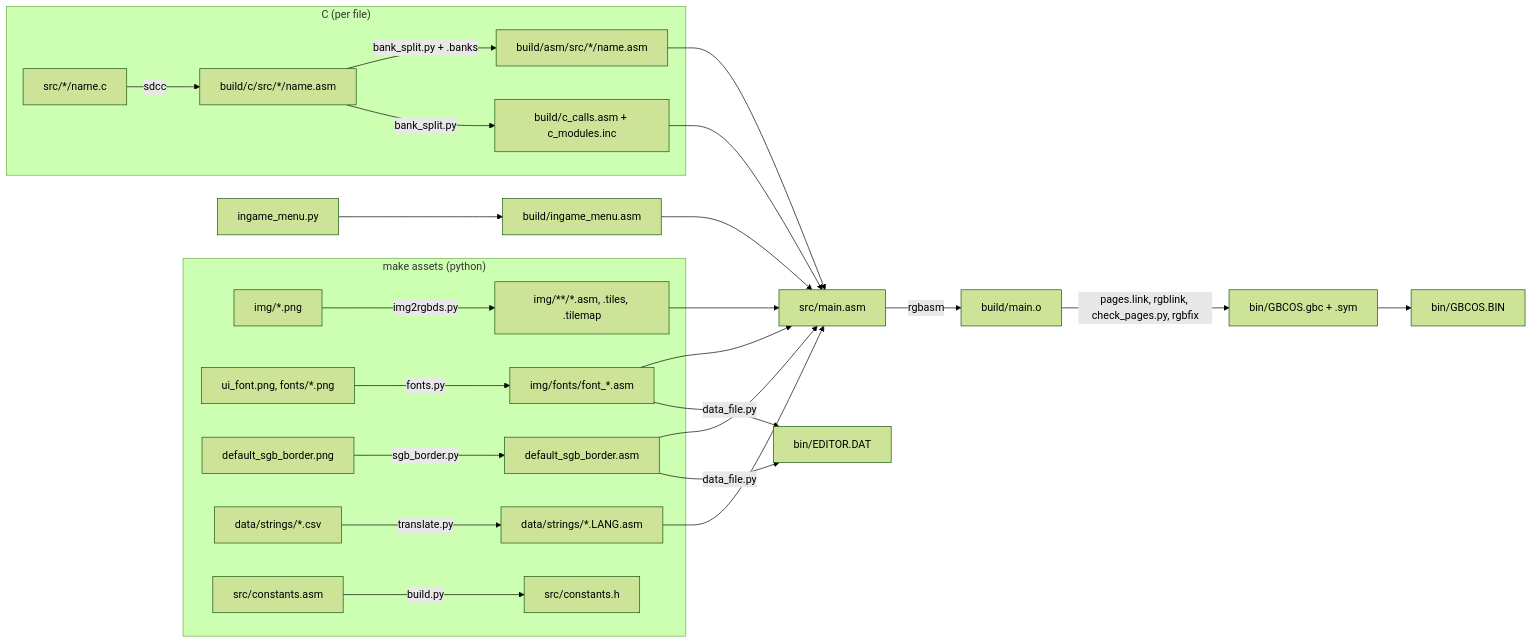
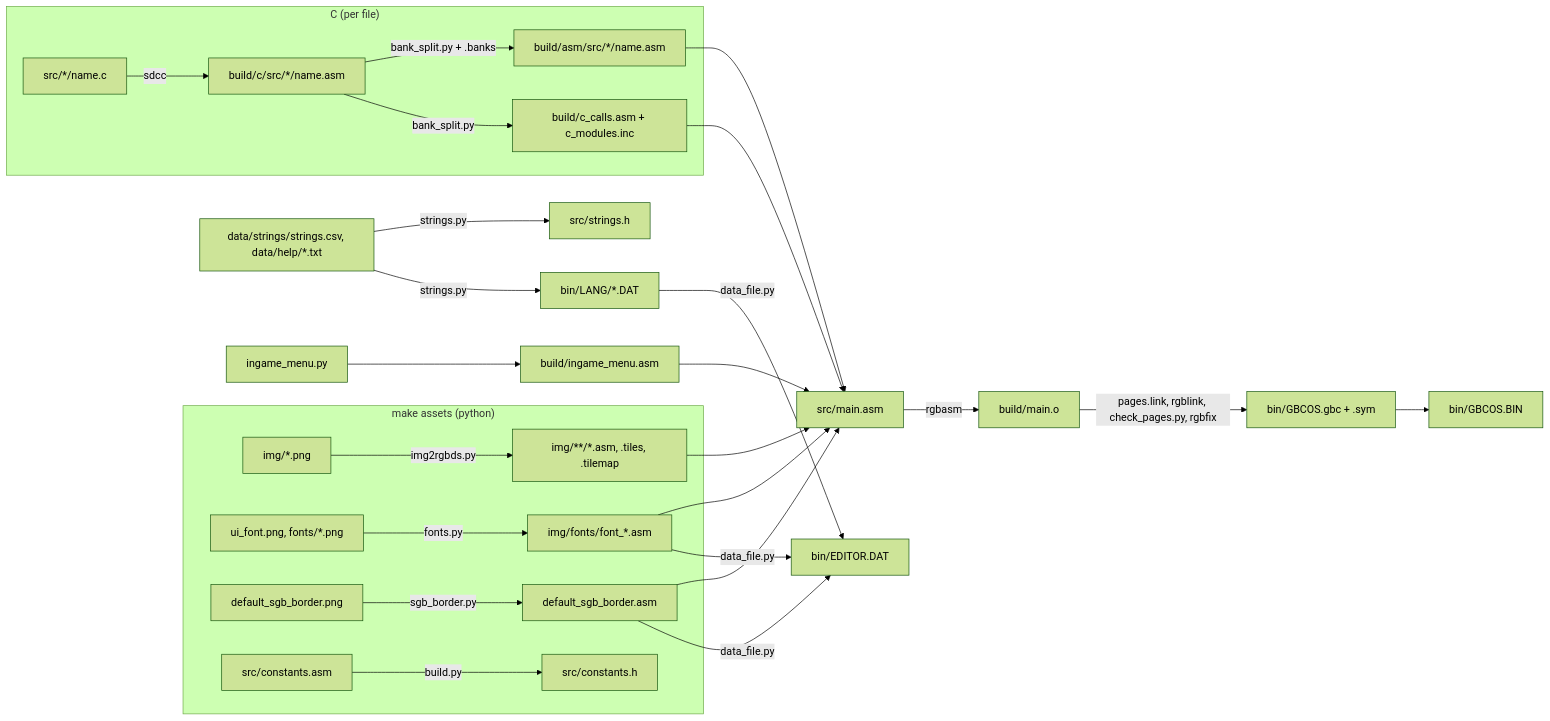
One commit to Q-Bert-Reynolds/fatpak changed the first of 3 diagrams in notes/ARCHITECTURE.md. Above: the diagram before and after it, drawn with Mermaid (forest theme). The commit also changed other lines of this file and 82 other files, not shown here.

````diff
--- a/notes/ARCHITECTURE.md
+++ b/notes/ARCHITECTURE.md
@@ -26,21 +26,21 @@
 ```mermaid
 flowchart LR
   subgraph assets["make assets (python)"]
     png[img/*.png] -->|img2rgbds.py| imgasm[img/**/*.asm, .tiles, .tilemap]
     fontpng[ui_font.png, fonts/*.png] -->|fonts.py| fontasm[img/fonts/font_*.asm]
     border[default_sgb_border.png] -->|sgb_border.py| borderasm[default_sgb_border.asm]
-    csv[data/strings/*.csv] -->|translate.py| strasm[data/strings/*.LANG.asm]
     consts[src/constants.asm] -->|build.py| consth[src/constants.h]
   end
+  csv[data/strings/strings.csv, data/help/*.txt] -->|strings.py| strh[src/strings.h] & lang[bin/LANG/*.DAT]
   subgraph c["C (per file)"]
     cfile[src/*/name.c] -->|sdcc| raw[build/c/src/*/name.asm]
     raw -->|bank_split.py + .banks| casm[build/asm/src/*/name.asm]
     raw -->|bank_split.py| calls[build/c_calls.asm + c_modules.inc]
   end
   main[src/main.asm] -->|rgbasm| obj[build/main.o]
-  imgasm & fontasm & borderasm & strasm & casm & calls --> main
+  imgasm & fontasm & borderasm & casm & calls --> main
   menu[ingame_menu.py] --> menugfx[build/ingame_menu.asm] --> main
   obj -->|pages.link, rgblink, check_pages.py, rgbfix| rom[bin/GBCOS.gbc + .sym]
   rom --> os[bin/GBCOS.BIN]
-  fontasm & borderasm -->|data_file.py| data[bin/EDITOR.DAT]
+  fontasm & borderasm & lang -->|data_file.py| data[bin/EDITOR.DAT]
 ```
````
